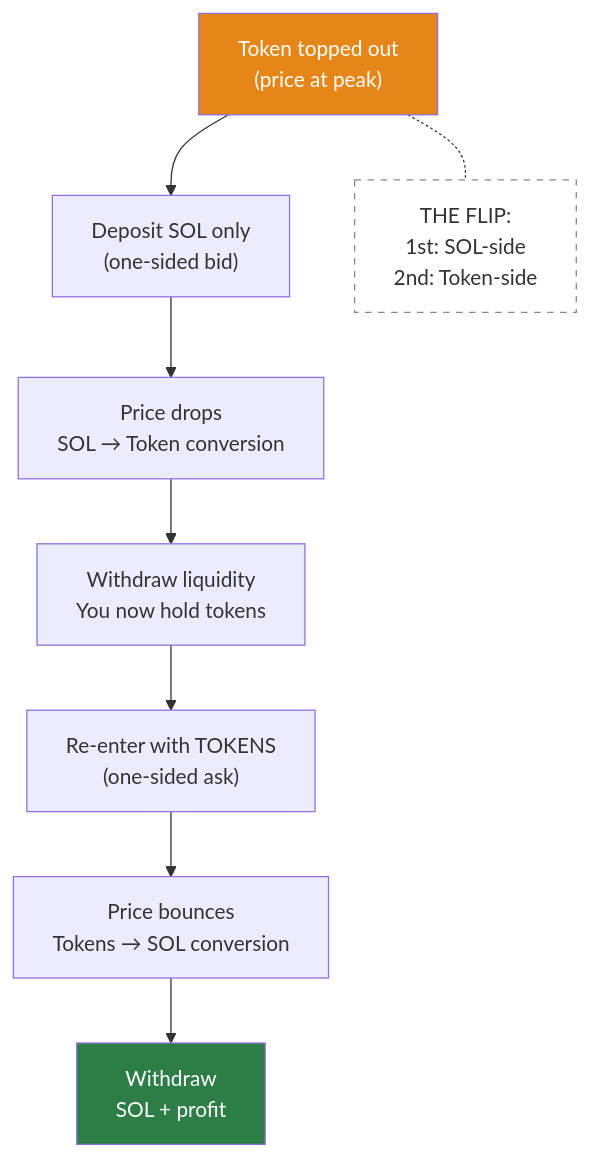
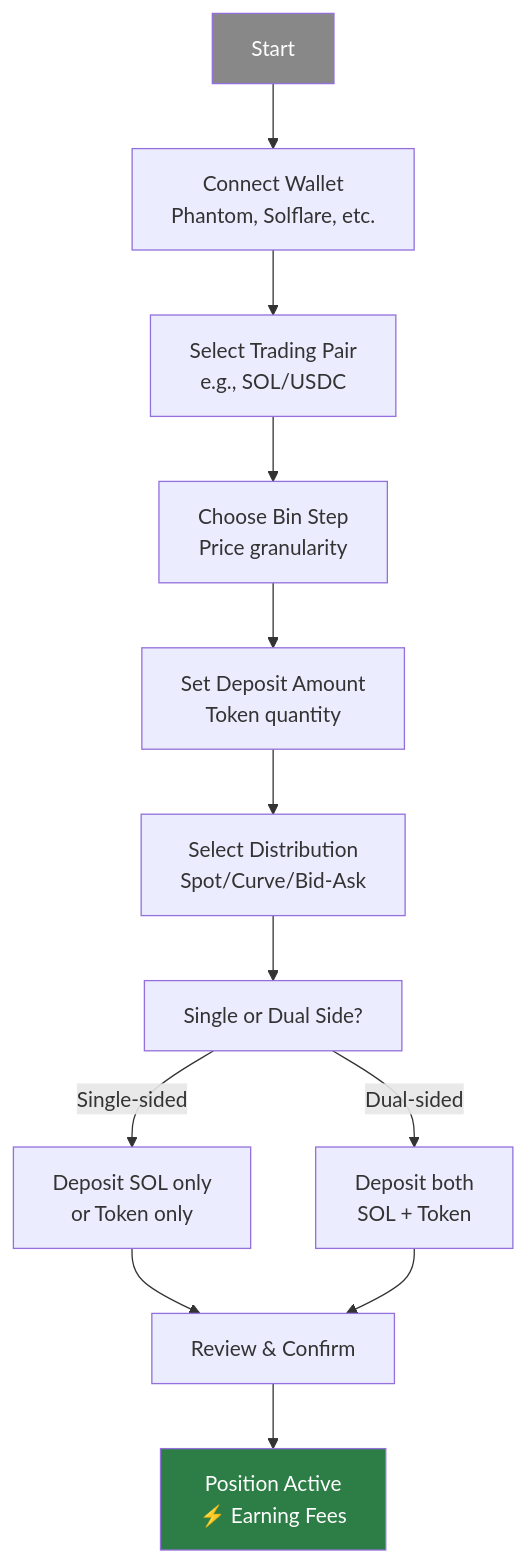
One commit to dante4rt/meteora-dlmm-recap changed the fifth of 5 diagrams in notes/day-1.md. Above: the diagram before and after it, drawn with Mermaid. The commit also changed other lines of this file and 5 other files, not shown here.

````diff
--- a/notes/day-1.md
+++ b/notes/day-1.md
@@ -136,15 +162,19 @@
 ```mermaid
 flowchart TD
-    A["Token topped out<br>(price at peak)"] --> B["Deposit SOL only<br>(one-sided bid)"]
-    B --> C["Price drops<br>SOL → Token conversion"]
-    C --> D["Withdraw liquidity<br>You now hold tokens"]
-    D --> E["Re-enter with TOKENS<br>(one-sided ask)"]
-    E --> F["Price bounces<br>Tokens → SOL conversion"]
-    F --> G["Withdraw<br>SOL + profit"]
-
-    A -.- note1["THE FLIP:<br>1st: SOL-side<br>2nd: Token-side"]
-
-    style A fill:#e68619,color:#fff
-    style G fill:#2d7d46,color:#fff
-    style note1 fill:none,stroke:#888,stroke-dasharray:5 5
+    A["Start"] --> B["Connect Wallet<br>Phantom, Solflare, etc."]
+    B --> C["Select Trading Pair<br>e.g., SOL/USDC"]
+    C --> D["Choose Bin Step<br>Price granularity"]
+    D --> E["Set Deposit Amount<br>Token quantity"]
+    E --> F["Select Distribution<br>Spot/Curve/Bid-Ask"]
+    F --> G["Single or Dual Side?"]
+    
+    G -->|Single-sided| H["Deposit SOL only<br>or Token only"]
+    G -->|Dual-sided| I["Deposit both<br>SOL + Token"]
+    
+    H --> J["Review & Confirm"]
+    I --> J
+    J --> K["Position Active<br>⚡ Earning Fees"]
+    
+    style A fill:#888,color:#fff
+    style K fill:#2d7d46,color:#fff
 ```
````
